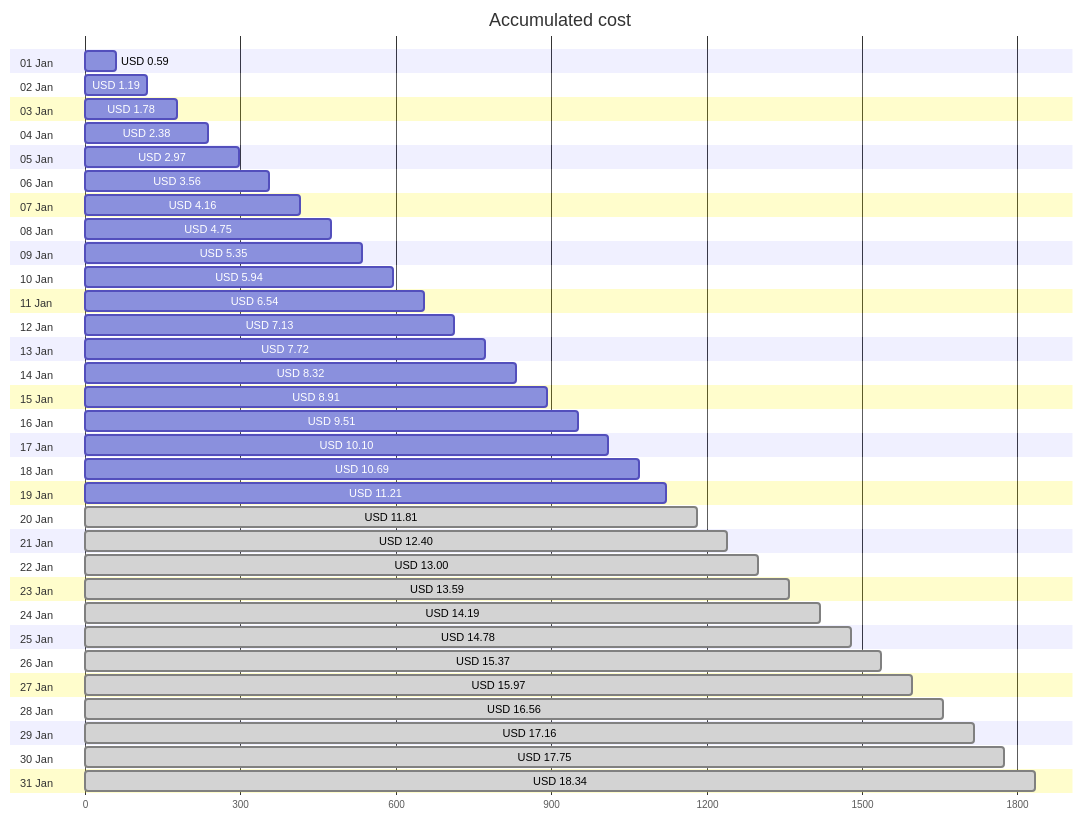
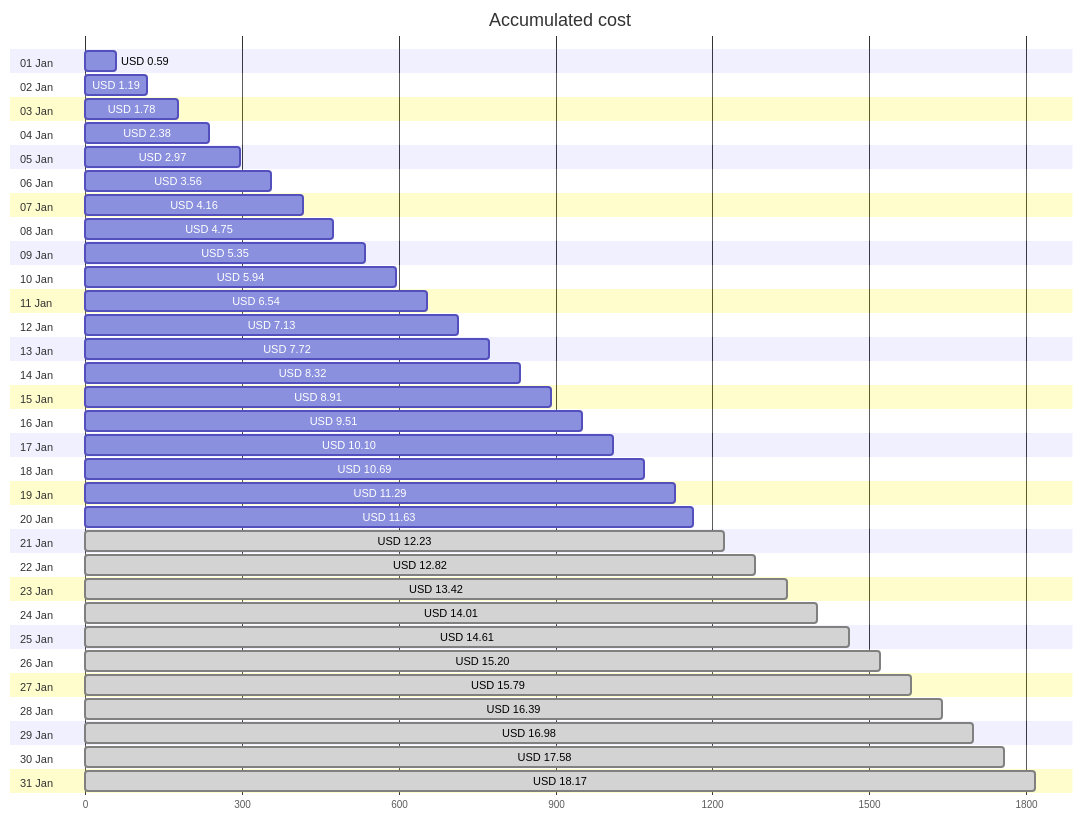
Before and after one commit to jpfulton/azure-personal-reports: the first of 4 diagrams in cost-reports/personal-site/README.md, drawn with Mermaid. The commit also changed other lines of this file and 7 other files, not shown here.

````diff
--- a/cost-reports/personal-site/README.md
+++ b/cost-reports/personal-site/README.md
@@ -20,68 +20,68 @@
 ```mermaid
 gantt
    title Accumulated cost
    dateFormat  X
    axisFormat %s
    section 01 Jan
    USD 0.59 :0, 59
    section 02 Jan
    USD 1.19 :0, 119
    section 03 Jan
    USD 1.78 :0, 178
    section 04 Jan
    USD 2.38 :0, 238
    section 05 Jan
    USD 2.97 :0, 297
    section 06 Jan
    USD 3.56 :0, 356
    section 07 Jan
    USD 4.16 :0, 416
    section 08 Jan
    USD 4.75 :0, 475
    section 09 Jan
    USD 5.35 :0, 535
    section 10 Jan
    USD 5.94 :0, 594
    section 11 Jan
    USD 6.54 :0, 654
    section 12 Jan
    USD 7.13 :0, 713
    section 13 Jan
    USD 7.72 :0, 772
    section 14 Jan
    USD 8.32 :0, 832
    section 15 Jan
    USD 8.91 :0, 891
    section 16 Jan
    USD 9.51 :0, 951
    section 17 Jan
    USD 10.10 :0, 1010
    section 18 Jan
    USD 10.69 :0, 1069
    section 19 Jan
-   USD 11.21 :0, 1121
+   USD 11.29 :0, 1129
    section 20 Jan
-   USD 11.81 : done, 0, 1181
+   USD 11.63 :0, 1163
    section 21 Jan
-   USD 12.40 : done, 0, 1240
+   USD 12.23 : done, 0, 1223
    section 22 Jan
-   USD 13.00 : done, 0, 1300
+   USD 12.82 : done, 0, 1282
    section 23 Jan
-   USD 13.59 : done, 0, 1359
+   USD 13.42 : done, 0, 1342
    section 24 Jan
-   USD 14.19 : done, 0, 1419
+   USD 14.01 : done, 0, 1401
    section 25 Jan
-   USD 14.78 : done, 0, 1478
+   USD 14.61 : done, 0, 1461
    section 26 Jan
-   USD 15.37 : done, 0, 1537
+   USD 15.20 : done, 0, 1520
    section 27 Jan
-   USD 15.97 : done, 0, 1597
+   USD 15.79 : done, 0, 1579
    section 28 Jan
-   USD 16.56 : done, 0, 1656
+   USD 16.39 : done, 0, 1639
    section 29 Jan
-   USD 17.16 : done, 0, 1716
+   USD 16.98 : done, 0, 1698
    section 30 Jan
-   USD 17.75 : done, 0, 1775
+   USD 17.58 : done, 0, 1758
    section 31 Jan
-   USD 18.34 : done, 0, 1834
+   USD 18.17 : done, 0, 1817
 ```
````
